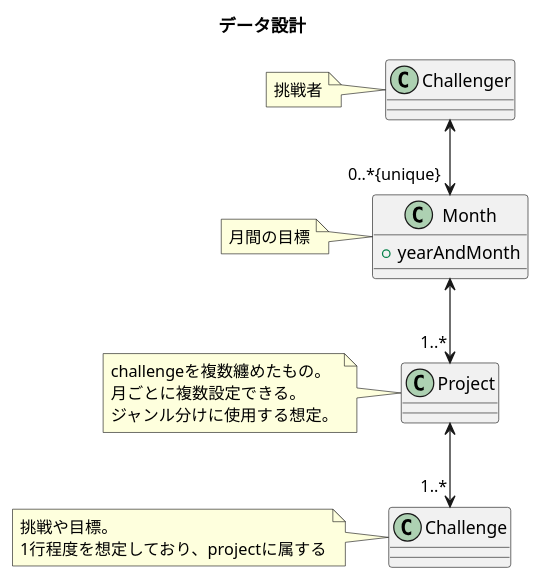
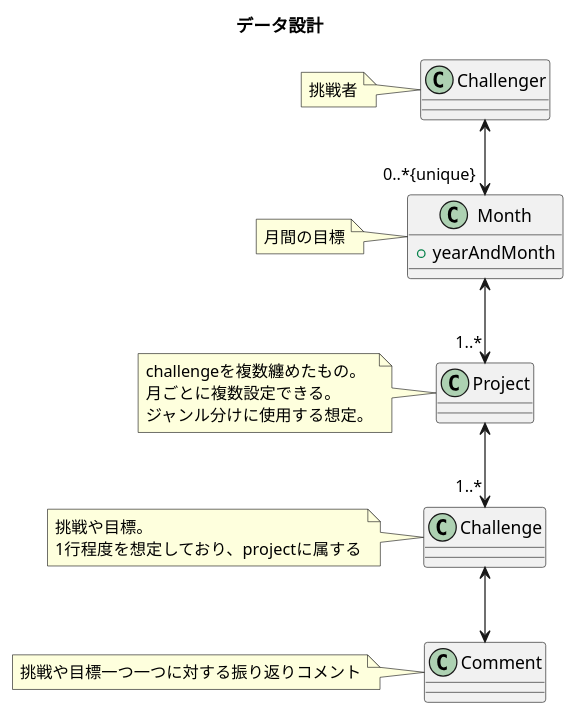
Before and after one commit to challenge-every-month/cem-app: the diagram in modeling/data.puml, drawn with PlantUML. The commit also changed 1 other file, not shown here.

Commit message:
add: コメントとステートマシン図のモデリング

```diff
--- a/modeling/data.puml
+++ b/modeling/data.puml
@@ -1,19 +1,22 @@
 @startuml
 title データ設計
 class Challenger
 note left:挑戦者
 class Month {
 + yearAndMonth
 }
 
 note left: 月間の目標
 class Project
 note left: challengeを複数纏めたもの。\n月ごとに複数設定できる。\nジャンル分けに使用する想定。
 class Challenge
 note left: 挑戦や目標。\n1行程度を想定しており、projectに属する
+class Comment
+note left: 挑戦や目標一つ一つに対する振り返りコメント
 
 Challenger <-->"0..*{unique}" Month
 Month <-->"1..*"Project
 Project <--> "1..*" Challenge
+Challenge <--> Comment
 
 @enduml
```
